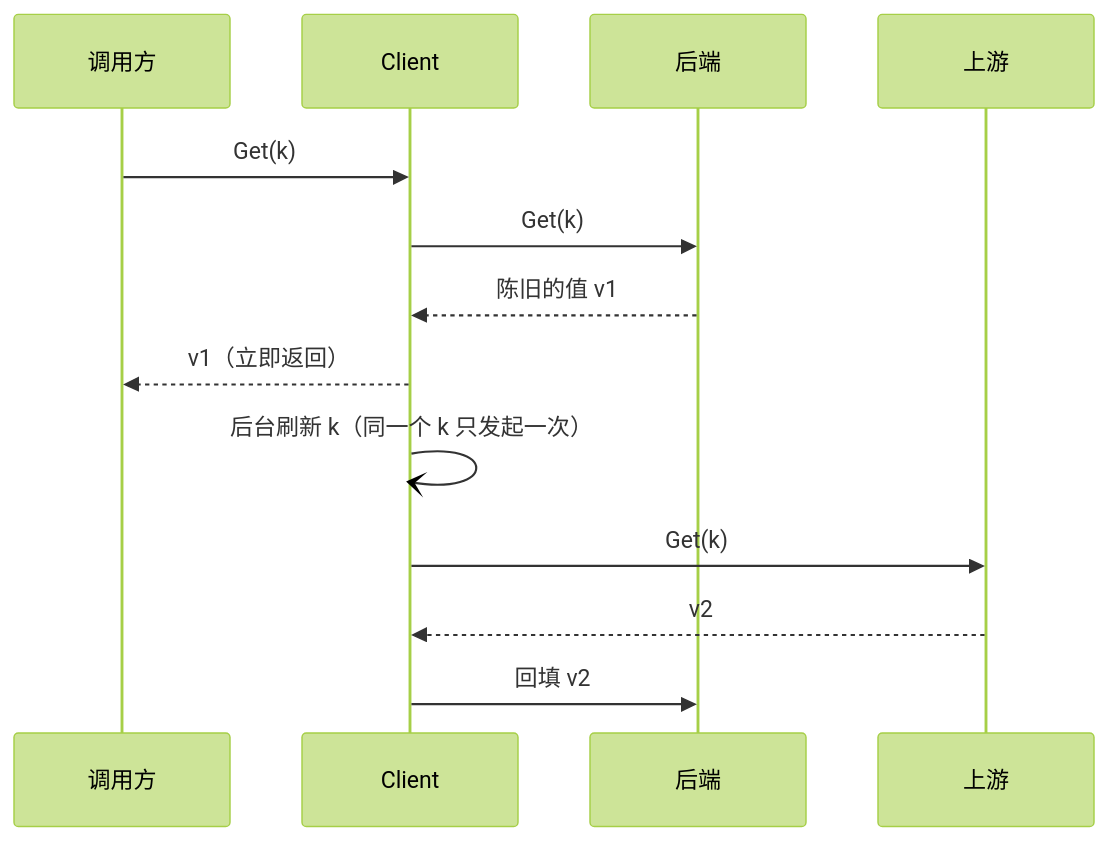
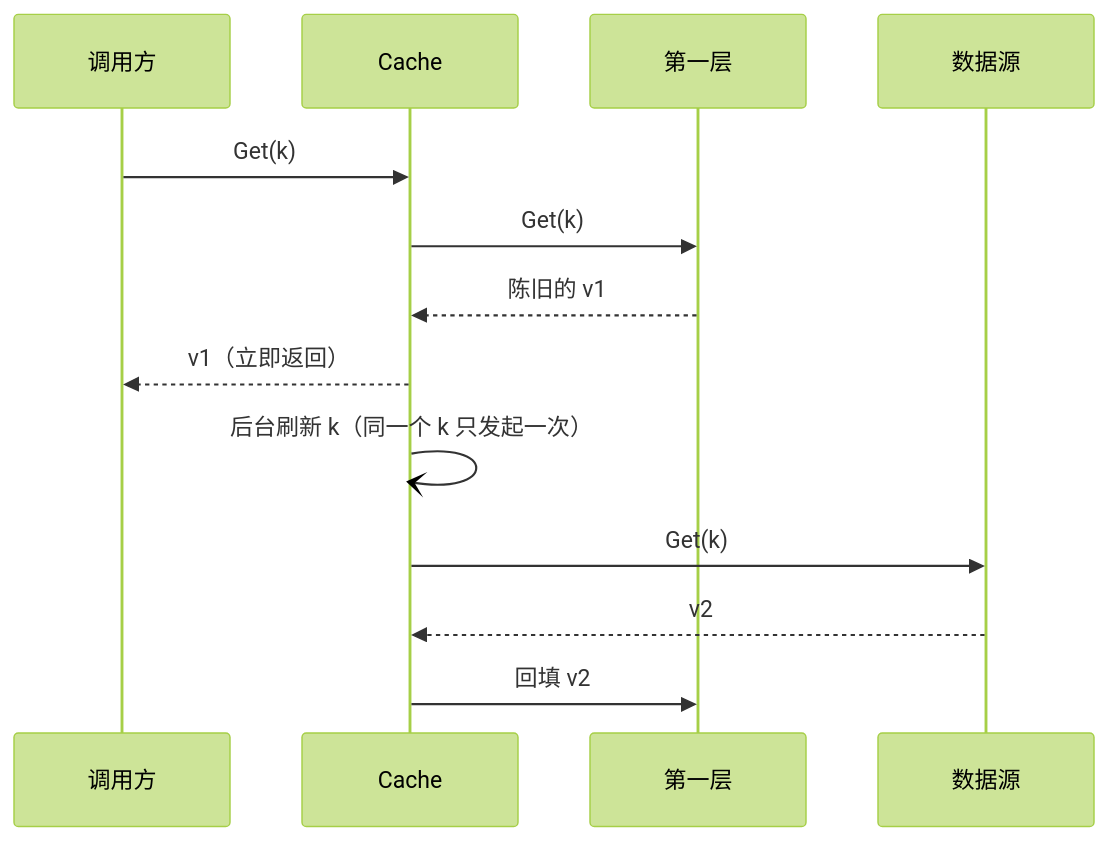
The second of 4 diagrams in docs/design/read-path.md (theplant/cachex), drawn with Mermaid (forest theme) before and after one commit. The commit also changed other lines of this file and 19 other files, not shown here.

````diff
--- a/docs/design/read-path.md
+++ b/docs/design/read-path.md
@@ -76,15 +85,15 @@
 ```mermaid
 sequenceDiagram
     participant C as 调用方
-    participant L as Client
-    participant B as 后端
-    participant U as 上游
-    C->>L: Get(k)
-    L->>B: Get(k)
-    B-->>L: 陈旧的值 v1
-    L-->>C: v1（立即返回）
-    L-)L: 后台刷新 k（同一个 k 只发起一次）
-    L->>U: Get(k)
-    U-->>L: v2
-    L->>B: 回填 v2
+    participant K as Cache
+    participant L0 as 第一层
+    participant S as 数据源
+    C->>K: Get(k)
+    K->>L0: Get(k)
+    L0-->>K: 陈旧的 v1
+    K-->>C: v1（立即返回）
+    K-)K: 后台刷新 k（同一个 k 只发起一次）
+    K->>S: Get(k)
+    S-->>K: v2
+    K->>L0: 回填 v2
 ```
````
